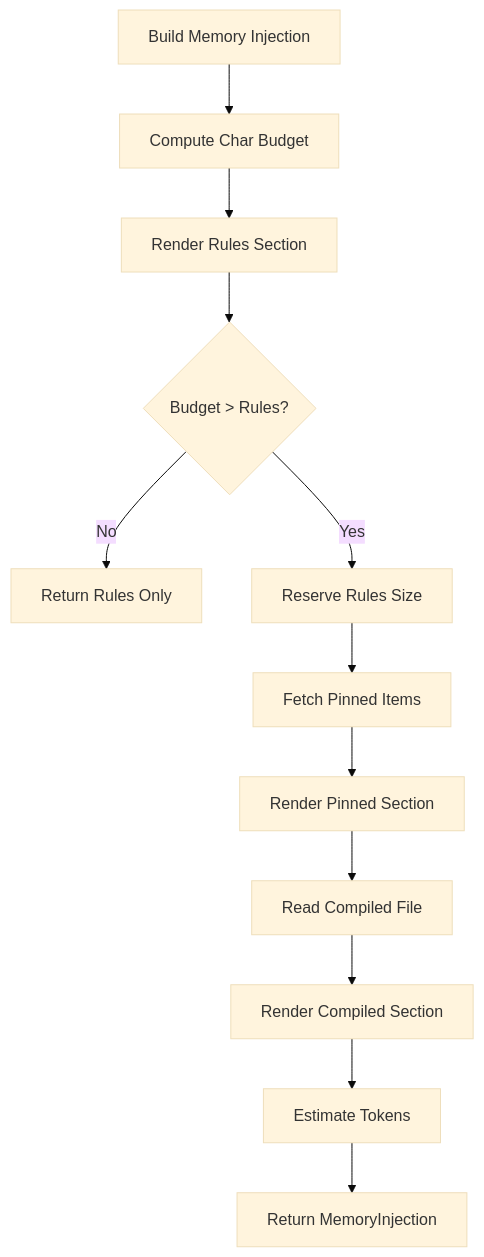
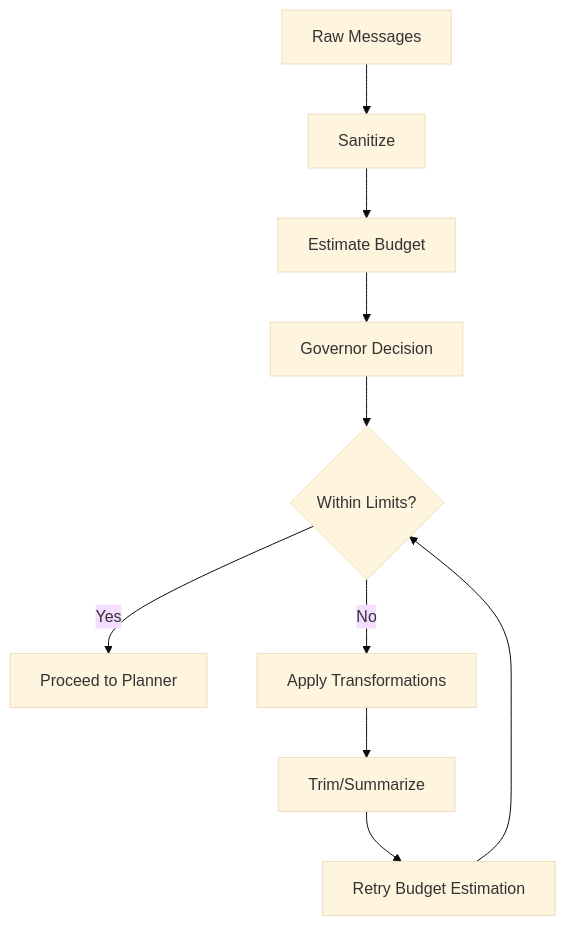
One commit to novolei/if2Ai changed the fourth of 6 diagrams in .qoder/repowiki/en/content/Backend System (Rust)/Module Architecture & Design/Application Layer/Prompt Planner.md. Above: the diagram before and after it, drawn with Mermaid (base theme). The commit also changed other lines of this file and 124 other files, not shown here.

````diff
--- a/.qoder/repowiki/en/content/Backend System (Rust)/Module Architecture & Design/Application Layer/Prompt Planner.md
+++ b/.qoder/repowiki/en/content/Backend System (Rust)/Module Architecture & Design/Application Layer/Prompt Planner.md
@@ -227,14 +301,12 @@
 ```mermaid
 flowchart TD
-A["Build Memory Injection"] --> B["Compute Char Budget"]
-B --> C["Render Rules Section"]
-C --> D{"Budget > Rules?"}
-D --> |No| E["Return Rules Only"]
-D --> |Yes| F["Reserve Rules Size"]
-F --> G["Fetch Pinned Items"]
-G --> H["Render Pinned Section"]
-H --> I["Read Compiled File"]
-I --> J["Render Compiled Section"]
-J --> K["Estimate Tokens"]
-K --> L["Return MemoryInjection"]
+A["Raw Messages"] --> B["Sanitize"]
+B --> C["Estimate Budget"]
+C --> D["Governor Decision"]
+D --> E{"Within Limits?"}
+E --> |Yes| F["Proceed to Planner"]
+E --> |No| G["Apply Transformations"]
+G --> H["Trim/Summarize"]
+H --> I["Retry Budget Estimation"]
+I --> E
 ```
````
